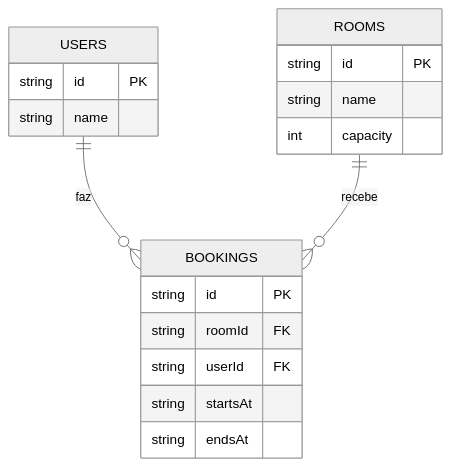
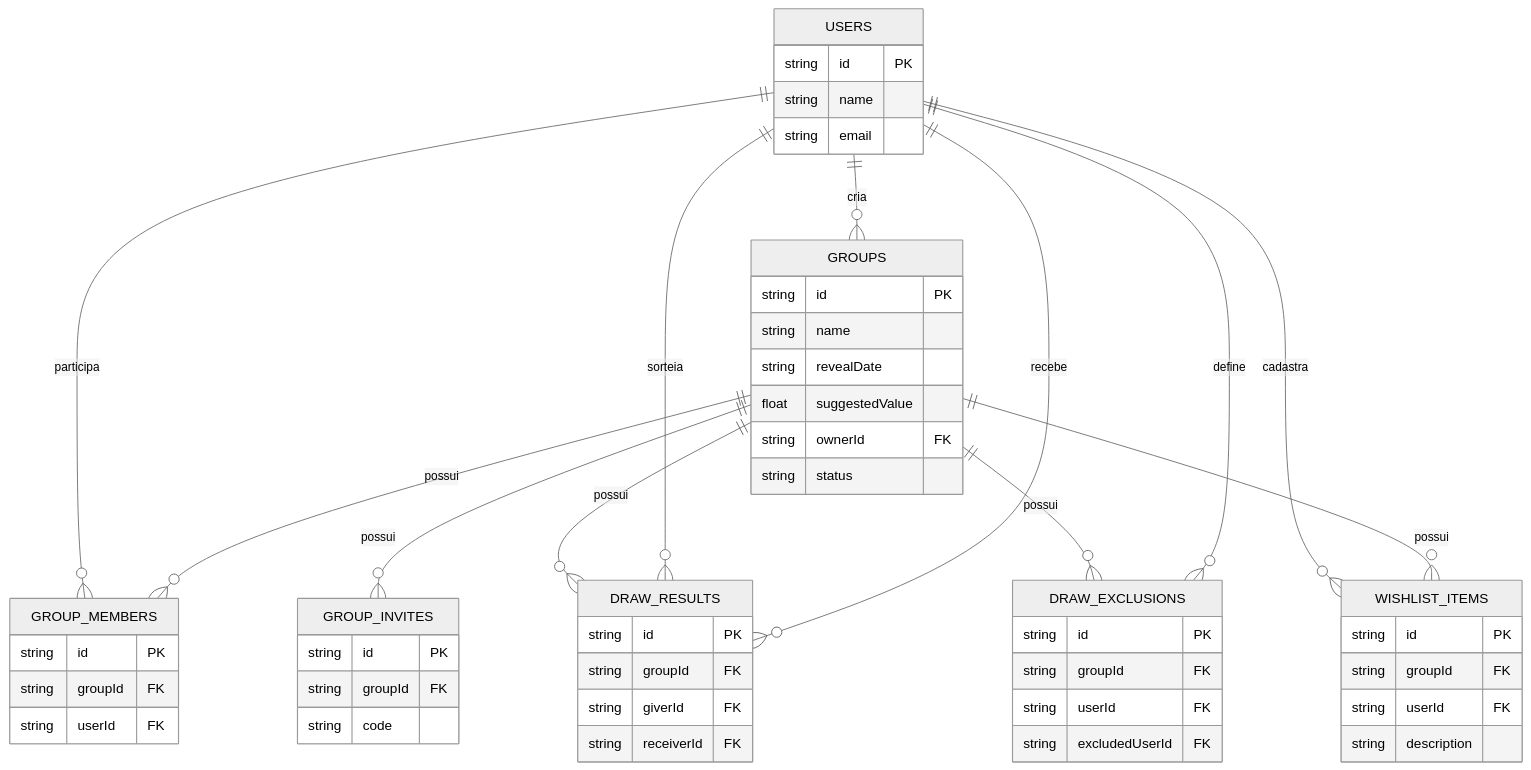
The diagram in docs/architecture.md (mery-helen/revela), drawn with Mermaid (neutral theme) before and after one commit. The commit also changed other lines of this file and 1 other file, not shown here.

Commit message:
docs: update PRD and architecture

````diff
--- a/docs/architecture.md
+++ b/docs/architecture.md
@@ -227,8 +277,62 @@
 ```mermaid
 erDiagram
-    USERS ||--o{ BOOKINGS : "faz"
-    ROOMS ||--o{ BOOKINGS : "recebe"
-    USERS    { string id PK  string name }
-    ROOMS    { string id PK  string name  int capacity }
-    BOOKINGS { string id PK  string roomId FK  string userId FK  string startsAt  string endsAt }
+    USERS ||--o{ GROUPS : "cria"
+    USERS ||--o{ GROUP_MEMBERS : "participa"
+    GROUPS ||--o{ GROUP_MEMBERS : "possui"
+    GROUPS ||--o{ GROUP_INVITES : "possui"
+    GROUPS ||--o{ DRAW_RESULTS : "possui"
+    USERS ||--o{ DRAW_RESULTS : "sorteia"
+    USERS ||--o{ DRAW_RESULTS : "recebe"
+    GROUPS ||--o{ DRAW_EXCLUSIONS : "possui"
+    USERS ||--o{ DRAW_EXCLUSIONS : "define"
+    USERS ||--o{ WISHLIST_ITEMS : "cadastra"
+    GROUPS ||--o{ WISHLIST_ITEMS : "possui"
+
+    USERS {
+        string id PK
+        string name
+        string email
+    }
+
+    GROUPS {
+        string id PK
+        string name
+        string revealDate
+        float suggestedValue
+        string ownerId FK
+        string status
+    }
+
+    GROUP_MEMBERS {
+        string id PK
+        string groupId FK
+        string userId FK
+    }
+
+    GROUP_INVITES {
+        string id PK
+        string groupId FK
+        string code
+    }
+
+    DRAW_RESULTS {
+        string id PK
+        string groupId FK
+        string giverId FK
+        string receiverId FK
+    }
+
+    DRAW_EXCLUSIONS {
+        string id PK
+        string groupId FK
+        string userId FK
+        string excludedUserId FK
+    }
+
+    WISHLIST_ITEMS {
+        string id PK
+        string groupId FK
+        string userId FK
+        string description
+    }
 ```
````
